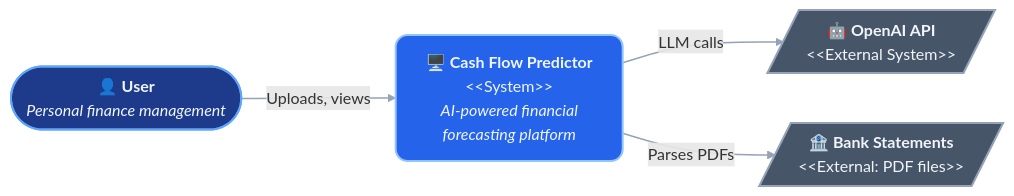
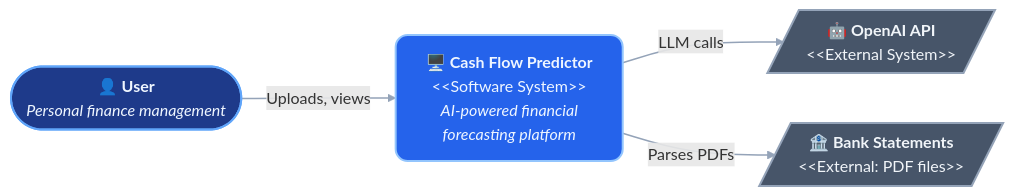
One commit to ShraddhaD-07/project changed the fifth of 10 diagrams in README_3.md. Above: the diagram before and after it, drawn with Mermaid.

````diff
--- a/README_3.md
+++ b/README_3.md
@@ -325,21 +325,21 @@
 ```mermaid
 flowchart LR
     User(["👤 <b>User</b><br/><i>Personal finance management</i>"])
-    Cash["🖥️ <b>Cash Flow Predictor</b><br/>&lt;&lt;System&gt;&gt;<br/><i>AI-powered financial<br/>forecasting platform</i>"]
+    Cash["🖥️ <b>Cash Flow Predictor</b><br/>&lt;&lt;Software System&gt;&gt;<br/><i>AI-powered financial<br/>forecasting platform</i>"]
     OpenAI[/"🤖 <b>OpenAI API</b><br/>&lt;&lt;External System&gt;&gt;"/]
     Bank[/"🏦 <b>Bank Statements</b><br/>&lt;&lt;External: PDF files&gt;&gt;"/]
 
     User -- "Uploads, views" --> Cash
     Cash -- "LLM calls" --> OpenAI
     Cash -- "Parses PDFs" --> Bank
 
     classDef person fill:#1E3A8A,stroke:#60A5FA,stroke-width:2px,color:#EFF6FF,rx:12,ry:12
     classDef system fill:#2563EB,stroke:#93C5FD,stroke-width:2px,color:#EFF6FF,rx:12,ry:12
     classDef external fill:#475569,stroke:#94A3B8,stroke-width:2px,color:#F1F5F9,rx:8,ry:8
 
     class User person
     class Cash system
     class OpenAI,Bank external
 
     linkStyle default stroke:#94A3B8,stroke-width:1.5px
 ```
````
